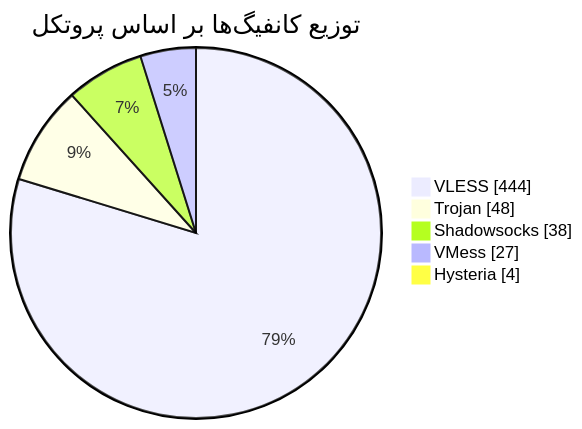
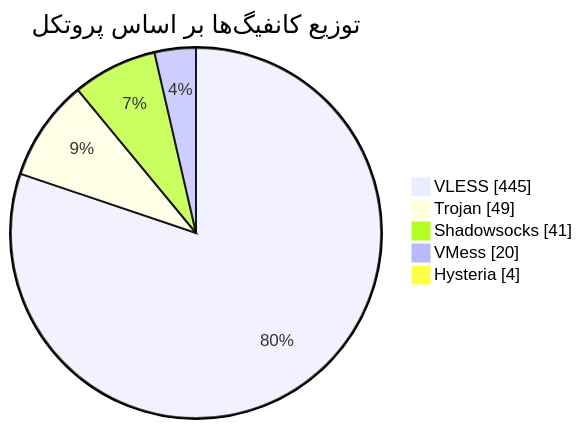
Before and after one commit to Arian-Alijani/Somthing: the diagram in README.md, drawn with Mermaid. The commit also changed other lines of this file and 71 other files, not shown here.

````diff
--- a/README.md
+++ b/README.md
@@ -47,9 +47,9 @@
 ```mermaid
 pie showData
     title توزیع کانفیگ‌ها بر اساس پروتکل
-    "VLESS" : 444
-    "Trojan" : 48
-    "Shadowsocks" : 38
-    "VMess" : 27
+    "VLESS" : 445
+    "Trojan" : 49
+    "Shadowsocks" : 41
+    "VMess" : 20
     "Hysteria" : 4
 ```
````
